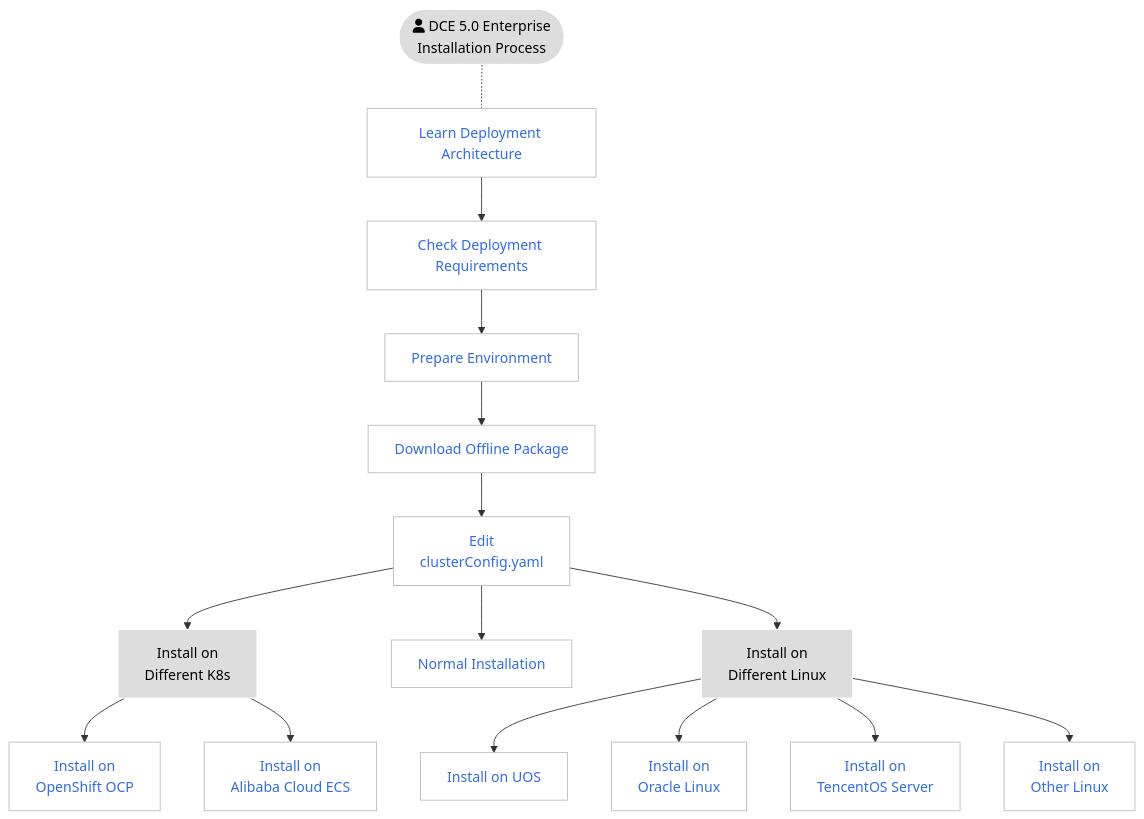
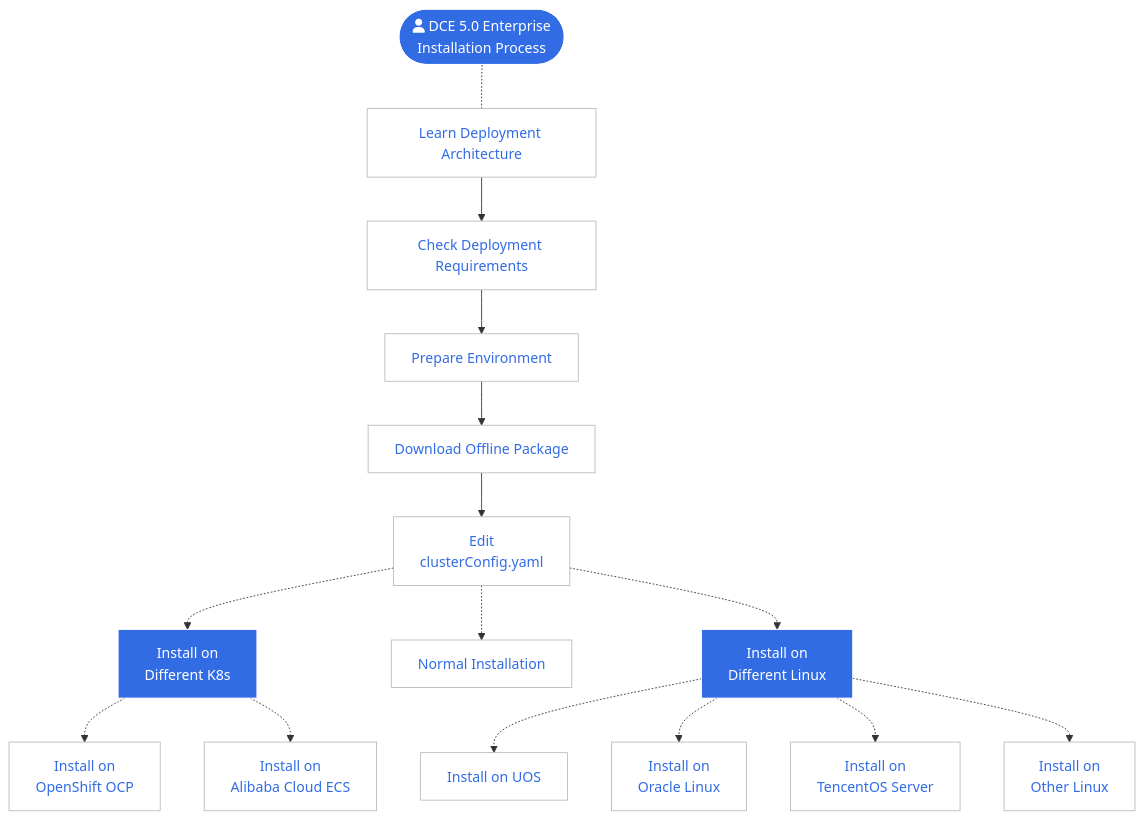
The second of 2 diagrams in docs/en/docs/install/index.md (DaoCloud/DaoCloud-docs), drawn with Mermaid before and after one commit. The commit also changed other lines of this file and 1 other file, not shown here.

Commit message:
update install mermaid

````diff
--- a/docs/en/docs/install/index.md
+++ b/docs/en/docs/install/index.md
@@ -117,45 +117,45 @@
 ```mermaid
 flowchart TB
 
     start([fa:fa-user DCE 5.0 Enterprise<br>Installation Process]) -.- arch[Learn Deployment Architecture]
     arch --> deploy[Check Deployment Requirements]
     deploy --> prepare[Prepare Environment]
     prepare --> download[Download Offline Package]
     download --> config[Edit<br>clusterConfig.yaml]
     
-    config --> other-k8s[Install on<br>Different K8s]
-    config --> install[Normal Installation]
-    config --> other-os[Install on<br>Different Linux]
+    config -.-> other-k8s[Install on<br>Different K8s]
+    config -.-> install[Normal Installation]
+    config -.-> other-os[Install on<br>Different Linux]
 
-    other-k8s --> ocp[Install on<br>OpenShift OCP]
-    other-k8s --> ali[Install on<br>Alibaba Cloud ECS]
+    other-k8s -.-> ocp[Install on<br>OpenShift OCP]
+    other-k8s -.-> ali[Install on<br>Alibaba Cloud ECS]
 
-    other-os --> uos[Install on UOS]
-    other-os --> oracle[Install on<br>Oracle Linux]
-    other-os --> tencent[Install on<br>TencentOS Server]
-    other-os --> other[Install on<br>Other Linux]
+    other-os -.-> uos[Install on UOS]
+    other-os -.-> oracle[Install on<br>Oracle Linux]
+    other-os -.-> tencent[Install on<br>TencentOS Server]
+    other-os -.-> other[Install on<br>Other Linux]
 
 
 classDef grey fill:#dddddd,stroke:#ffffff,stroke-width:1px,color:#000000, font-size:15px;
 classDef white fill:#ffffff,stroke:#000,stroke-width:1px,color:#000,font-weight:bold
 classDef spacewhite fill:#ffffff,stroke:#fff,stroke-width:0px,color:#000
 classDef plain fill:#ddd,stroke:#fff,stroke-width:1px,color:#000;
 classDef k8s fill:#326ce5,stroke:#fff,stroke-width:1px,color:#fff;
 classDef cluster fill:#fff,stroke:#bbb,stroke-width:1px,color:#326ce5;
 
 class arch,deploy,prepare,download,config,install,ocp,ali,uos,oracle,tencent,other cluster
-class start,other-k8s,other-os plain
+class start,other-k8s,other-os k8s
 
 click arch "https://docs.daocloud.io/en/install/commercial/deploy-arch.html"
 click deploy "https://docs.daocloud.io/en/install/commercial/deploy-requirements.html"
 click prepare "https://docs.daocloud.io/en/install/commercial/prepare.html"
 click download "https://docs.daocloud.io/en/install/commercial/start-install.html#step-1-download-the-offline-package"
 click config "https://docs.daocloud.io/en/install/commercial/start-install.html#step-2-configure-clusterconfigyaml"
 click install "https://docs.daocloud.io/en/install/commercial/start-install.html#step-3-start-installation"
 click ocp "https://docs.daocloud.io/en/install/k8s-install/ocp-install-dce5.0.html"
 click ali "https://docs.daocloud.io/en/install/k8s-install/ecs-install-dce5.0.html"
 click uos "https://docs.daocloud.io/en/install/os-install/uos-v20-install-dce5.0.html"
 click oracle "https://docs.daocloud.io/en/install/os-install/oracleLinux-install-dce5.0.html"
 click tencent "https://docs.daocloud.io/en/install/os-install/TencentOS-install-dce5.0.html"
 click other "https://docs.daocloud.io/en/install/os-install/otherlinux.html"
 ```
````
